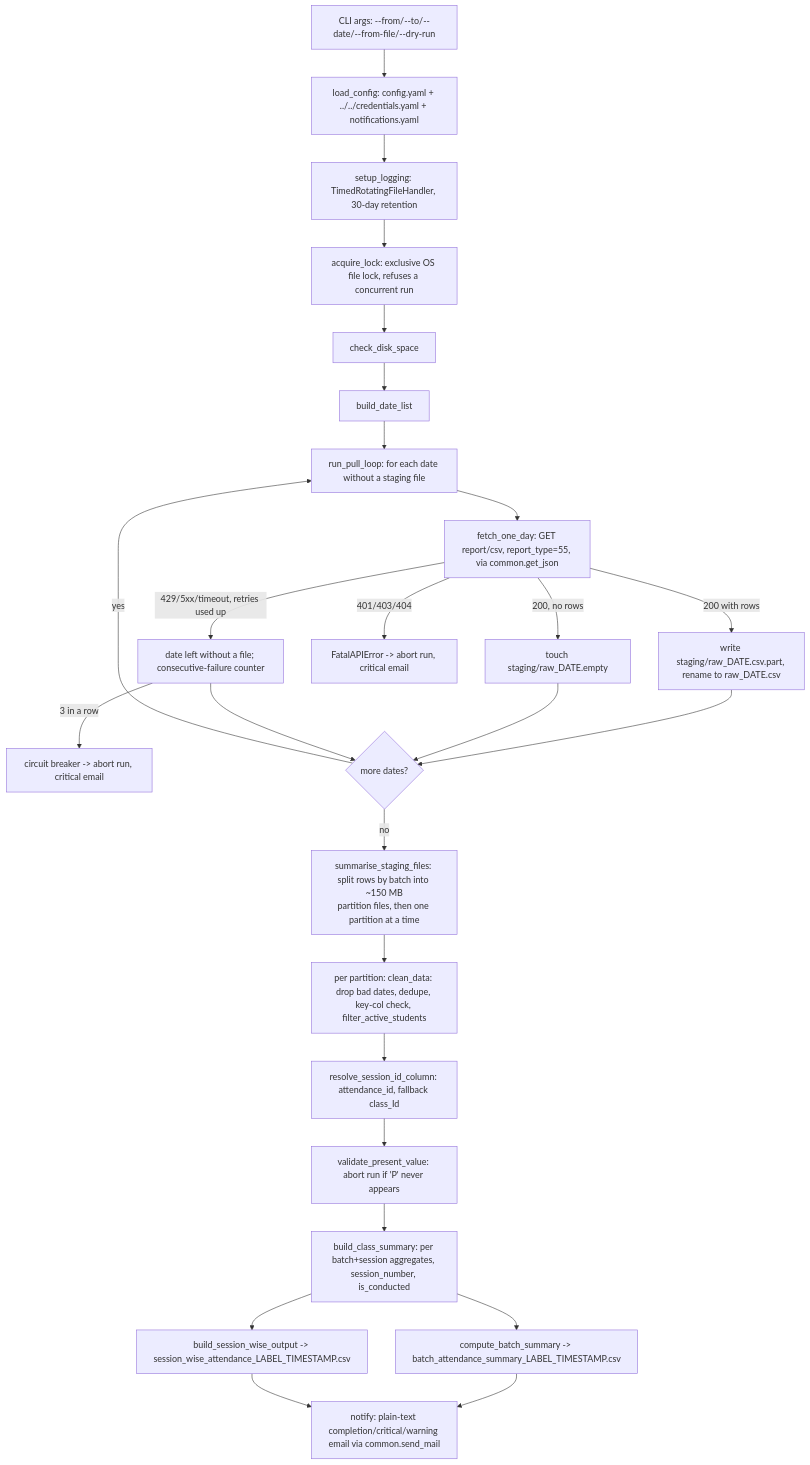
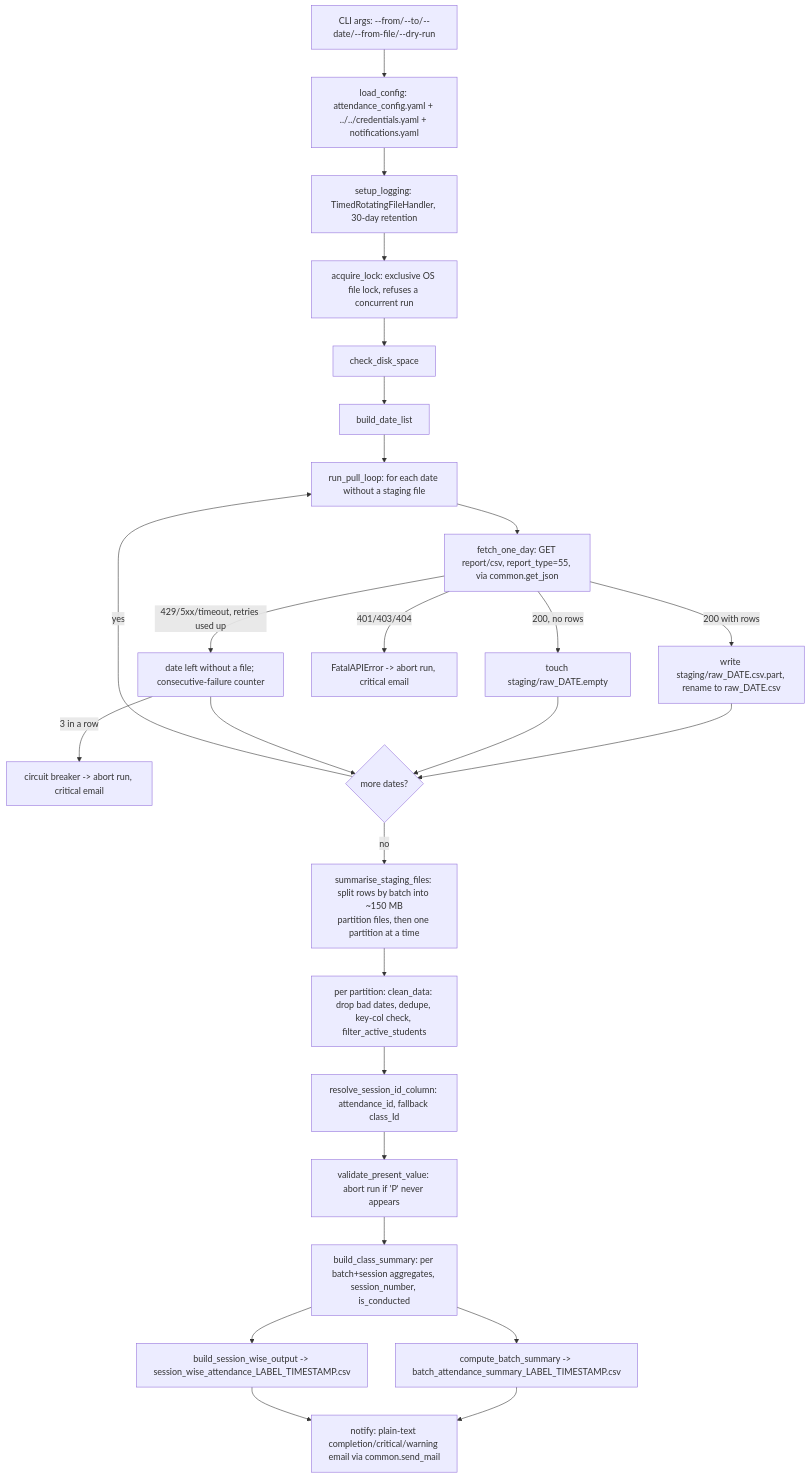
One commit to shubhamvyoma-oss/ela_datasets changed the diagram in attendance/ATTENDANCE.md. Above: the diagram before and after it, drawn with Mermaid. The commit also changed other lines of this file and 7 other files, not shown here.

First line of the commit message:
Move real tuning knobs into config files, drop dead keys, rename attendance config

````diff
--- a/attendance/ATTENDANCE.md
+++ b/attendance/ATTENDANCE.md
@@ -11,28 +11,28 @@
 ```mermaid
 flowchart TD
-    A[CLI args: --from/--to/--date/--from-file/--dry-run] --> B[load_config: config.yaml + ../../credentials.yaml + notifications.yaml]
+    A[CLI args: --from/--to/--date/--from-file/--dry-run] --> B[load_config: attendance_config.yaml + ../../credentials.yaml + notifications.yaml]
     B --> C[setup_logging: TimedRotatingFileHandler, 30-day retention]
     C --> D[acquire_lock: exclusive OS file lock, refuses a concurrent run]
     D --> E[check_disk_space]
     E --> H[build_date_list]
     H --> J[run_pull_loop: for each date without a staging file]
     J --> K[fetch_one_day: GET report/csv, report_type=55, via common.get_json]
     K -->|200 with rows| L["write staging/raw_DATE.csv.part, rename to raw_DATE.csv"]
     K -->|200, no rows| L2[touch staging/raw_DATE.empty]
     K -->|401/403/404| M[FatalAPIError -> abort run, critical email]
     K -->|429/5xx/timeout, retries used up| N[date left without a file; consecutive-failure counter]
     N -->|3 in a row| M2[circuit breaker -> abort run, critical email]
     L --> P{more dates?}
     L2 --> P
     N --> P
     P -->|yes| J
     P -->|no| Q["summarise_staging_files: split rows by batch into ~150 MB<br/>partition files, then one partition at a time"]
     Q --> R["per partition: clean_data: drop bad dates, dedupe, key-col check, filter_active_students"]
     R --> S[resolve_session_id_column: attendance_id, fallback class_Id]
     S --> T[validate_present_value: abort run if 'P' never appears]
     T --> U[build_class_summary: per batch+session aggregates, session_number, is_conducted]
     U --> V[compute_batch_summary -> batch_attendance_summary_LABEL_TIMESTAMP.csv]
     U --> W[build_session_wise_output -> session_wise_attendance_LABEL_TIMESTAMP.csv]
     V --> X[notify: plain-text completion/critical/warning email via common.send_mail]
     W --> X
 ```
````
